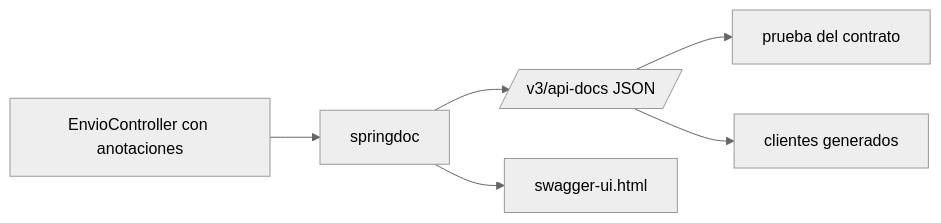
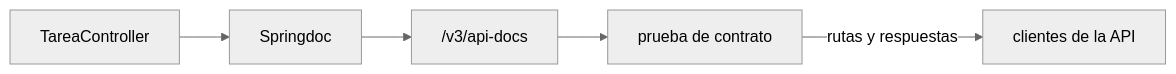
Before and after one commit to NICORUIZ93/The_Imperial_Book: the fourth of 4 diagrams in web/public/content/spring-boot/modulo-2.md, drawn with Mermaid (neutral theme). The commit also changed other lines of this file and 12 other files, not shown here.

````diff
--- a/web/public/content/spring-boot/modulo-2.md
+++ b/web/public/content/spring-boot/modulo-2.md
@@ -838,8 +831,7 @@
 ```mermaid
 flowchart LR
-    C[EnvioController con anotaciones] --> S[springdoc]
-    S --> A[/v3/api-docs JSON/]
-    S --> U[swagger-ui.html]
-    A --> T[prueba del contrato]
-    A --> G[clientes generados]
+  A["TareaController"] --> B["Springdoc"]
+  B --> C["/v3/api-docs"]
+  C --> D["prueba de contrato"]
+  D -->|rutas y respuestas| E["clientes de la API"]
 ```
````
